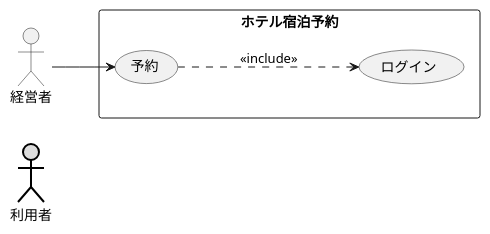
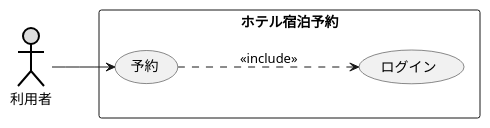
One commit to Raiki215/uml-introduction changed the diagram in 演習2-3_ホテル宿泊予約.pu. Above: the diagram before and after it, drawn with PlantUML.

Commit message:
演習2-3直し

```diff
--- a/演習2-3_ホテル宿泊予約.pu
+++ b/演習2-3_ホテル宿泊予約.pu
@@ -1,15 +1,15 @@
 @startuml ユースケース図
 
 left to right direction
 
 actor 利用者 #DDDDDD;line:black;line.bold;
 
 rectangle ホテル宿泊予約 {
 usecase 予約
 usecase ログイン
 }
 
-経営者 --> 予約
+利用者 --> 予約
 
 予約 ...> ログイン : << include >>
 @enduml
```
